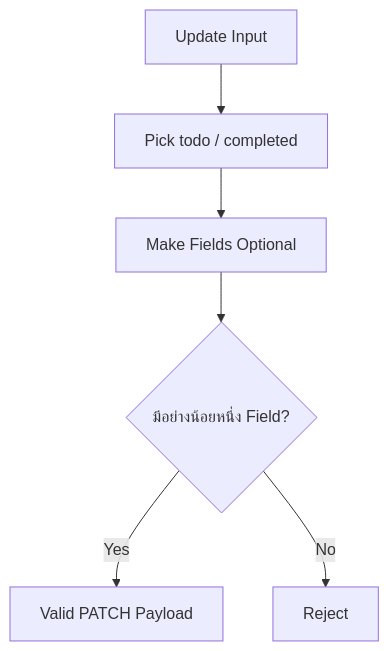
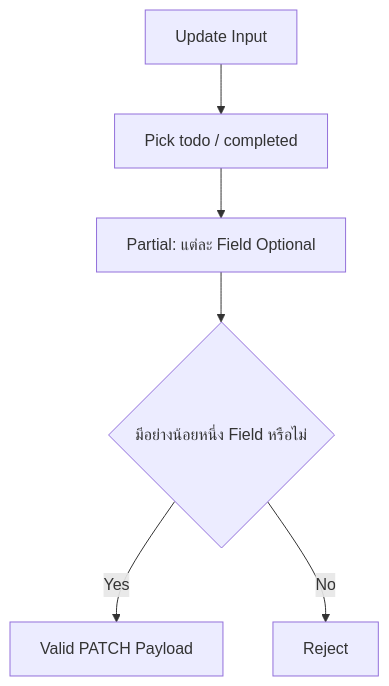
The fifth of 6 diagrams in docs/details/todos/api-contract-test.md (thehermitdev/tanstack-router-boilerplate), drawn with Mermaid before and after one commit. The commit also changed other lines of this file, not shown here.

````diff
--- a/docs/details/todos/api-contract-test.md
+++ b/docs/details/todos/api-contract-test.md
@@ -1421,8 +1370,8 @@
 ```mermaid
 flowchart TD
     A[Update Input] --> B[Pick todo / completed]
-    B --> C[Make Fields Optional]
-    C --> D{มีอย่างน้อยหนึ่ง Field?}
+    B --> C[Partial: แต่ละ Field Optional]
+    C --> D{มีอย่างน้อยหนึ่ง Field หรือไม่}
     D -->|Yes| E[Valid PATCH Payload]
     D -->|No| F[Reject]
 ```
````
